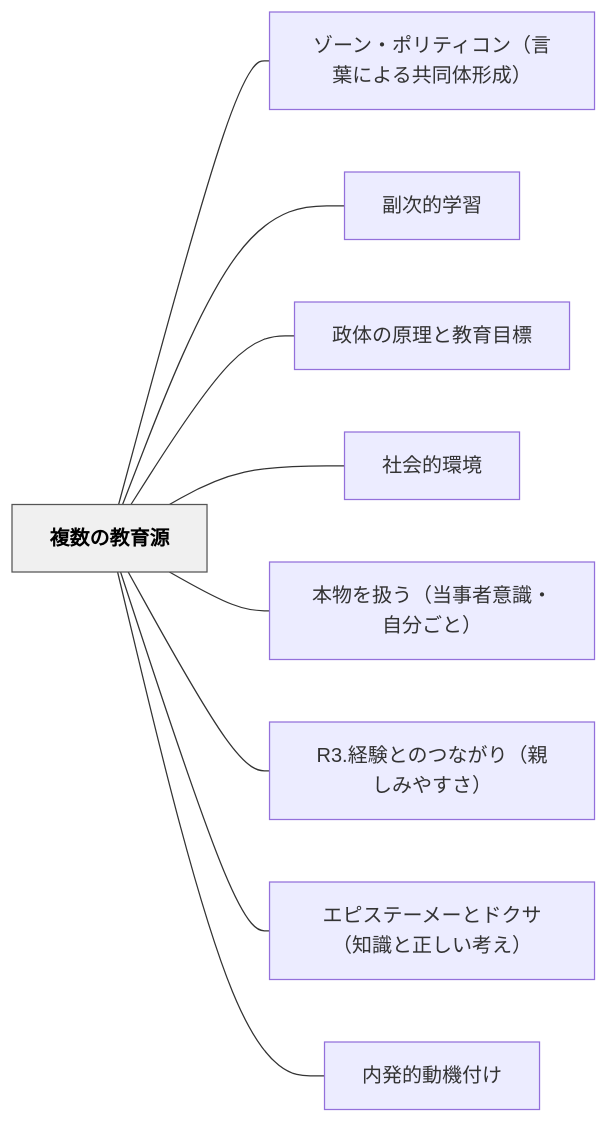
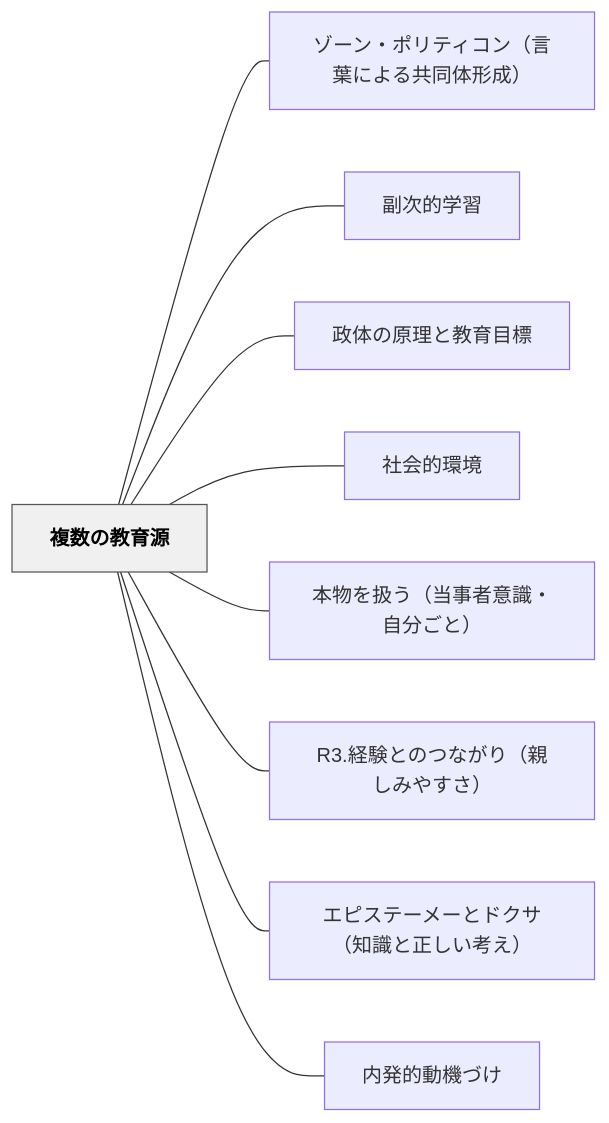
Before and after one commit to unknownthings-ed-patterns/unknownthings-ed-patterns: the diagram in content/パタン/複数の教育源.md, drawn with Mermaid. The commit also changed other lines of this file and 234 other files, not shown here.

````diff
--- a/content/パタン/複数の教育源.md
+++ b/content/パタン/複数の教育源.md
@@ -93,24 +93,24 @@
 ```mermaid
 flowchart LR
     ne8a487e695b0e381aee69599e882b2e6ba90["複数の教育源"]
     ne382bee383bce383b3e383bbe3839de383aae38386e382a3e382b3e383b3efbc88e8a880e89189e381abe38288e3828be585b1e5908ce4bd93e5bda2e68890efbc89["ゾーン・ポリティコン（言葉による共同体形成）"]
     ne589afe6aca1e79a84e5ada6e7bf92["副次的学習"]
     ne694bfe4bd93e381aee58e9fe79086e381a8e69599e882b2e79baee6a899["政体の原理と教育目標"]
     ne7a4bee4bc9ae79a84e792b0e5a283["社会的環境"]
     ne69cace789a9e38292e689b1e38186efbc88e5bd93e4ba8be88085e6848fe8ad98e383bbe887aae58886e38194e381a8efbc89["本物を扱う（当事者意識・自分ごと）"]
     n52332ee7b58ce9a893e381a8e381aee381a4e381aae3818ce3828aefbc88e8a6aae38197e381bfe38284e38199e38195efbc89["R3.経験とのつながり（親しみやすさ）"]
     ne382a8e38394e382b9e38386e383bce383a1e383bce381a8e38389e382afe382b5efbc88e79fa5e8ad98e381a8e6ada3e38197e38184e88083e38188efbc89["エピステーメーとドクサ（知識と正しい考え）"]
-    ne58685e799bae79a84e58b95e6a99fe4bb98e38191["内発的動機付け"]
+    ne58685e799bae79a84e58b95e6a99fe381a5e38191["内発的動機づけ"]
 
     ne8a487e695b0e381aee69599e882b2e6ba90 --- ne382bee383bce383b3e383bbe3839de383aae38386e382a3e382b3e383b3efbc88e8a880e89189e381abe38288e3828be585b1e5908ce4bd93e5bda2e68890efbc89
     ne8a487e695b0e381aee69599e882b2e6ba90 --- ne589afe6aca1e79a84e5ada6e7bf92
     ne8a487e695b0e381aee69599e882b2e6ba90 --- ne694bfe4bd93e381aee58e9fe79086e381a8e69599e882b2e79baee6a899
     ne8a487e695b0e381aee69599e882b2e6ba90 --- ne7a4bee4bc9ae79a84e792b0e5a283
     ne8a487e695b0e381aee69599e882b2e6ba90 --- ne69cace789a9e38292e689b1e38186efbc88e5bd93e4ba8be88085e6848fe8ad98e383bbe887aae58886e38194e381a8efbc89
     ne8a487e695b0e381aee69599e882b2e6ba90 --- n52332ee7b58ce9a893e381a8e381aee381a4e381aae3818ce3828aefbc88e8a6aae38197e381bfe38284e38199e38195efbc89
     ne8a487e695b0e381aee69599e882b2e6ba90 --- ne382a8e38394e382b9e38386e383bce383a1e383bce381a8e38389e382afe382b5efbc88e79fa5e8ad98e381a8e6ada3e38197e38184e88083e38188efbc89
-    ne8a487e695b0e381aee69599e882b2e6ba90 --- ne58685e799bae79a84e58b95e6a99fe4bb98e38191
+    ne8a487e695b0e381aee69599e882b2e6ba90 --- ne58685e799bae79a84e58b95e6a99fe381a5e38191
 
     classDef hub fill:#f0f0f0,stroke:#555,color:#000,font-weight:bold
     class ne8a487e695b0e381aee69599e882b2e6ba90 hub
 ```
````
